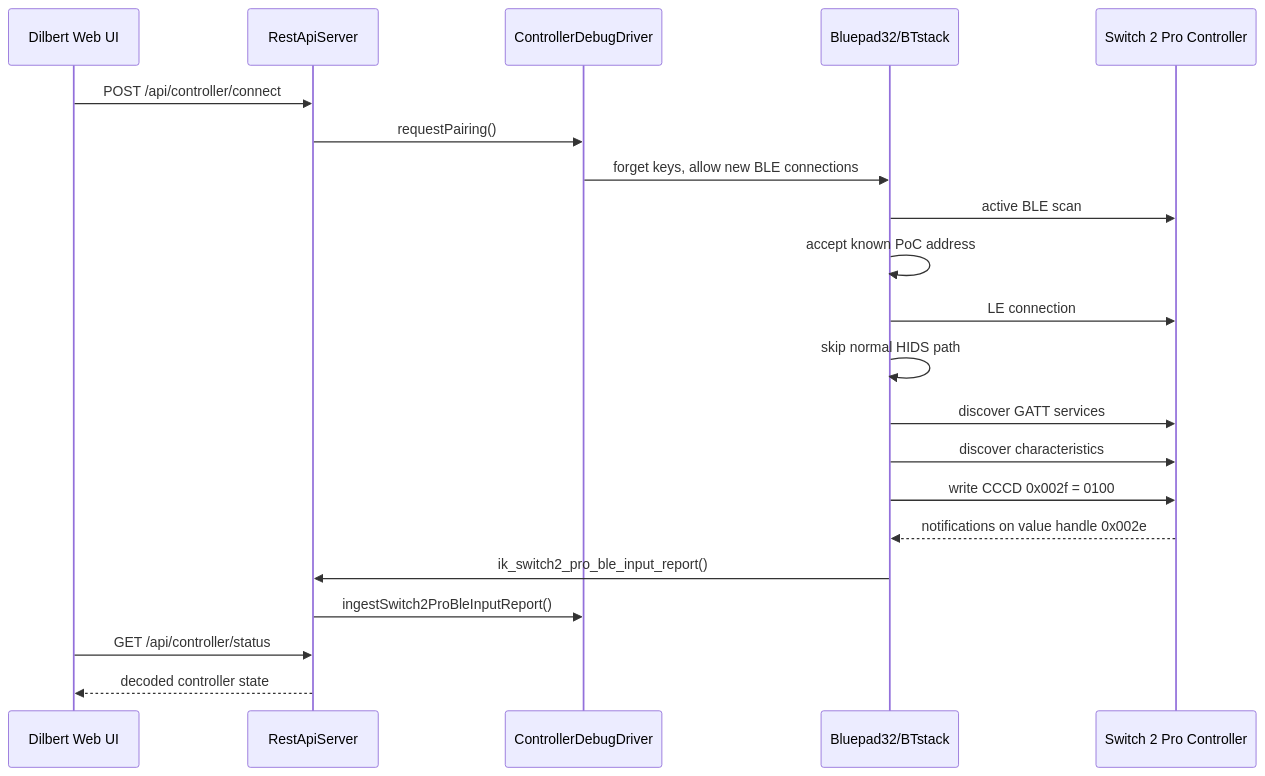
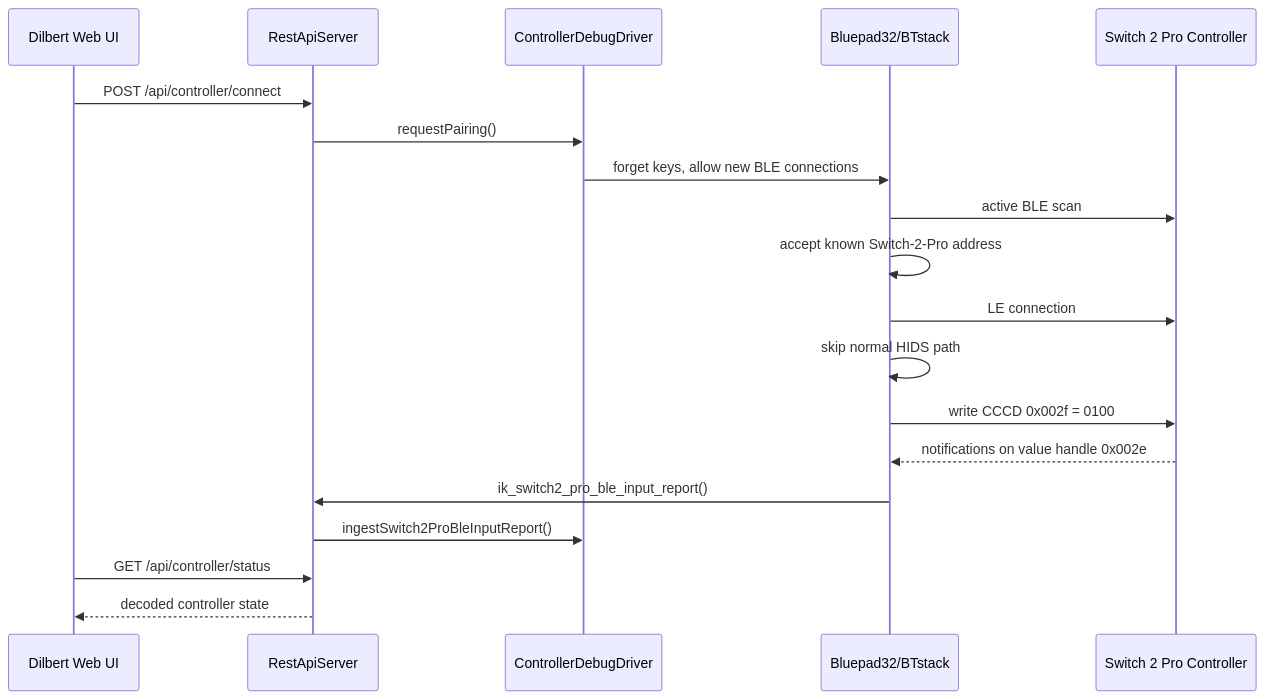
One commit to butz1999/inverse_kinematik changed the diagram in doc/sw/ble-design.md. Above: the diagram before and after it, drawn with Mermaid. The commit also changed other lines of this file and 152 other files, not shown here.

````diff
--- a/doc/sw/ble-design.md
+++ b/doc/sw/ble-design.md
@@ -156,24 +157,22 @@
 ```mermaid
 sequenceDiagram
   participant UI as Dilbert Web UI
   participant REST as RestApiServer
   participant Driver as ControllerDebugDriver
   participant BP as Bluepad32/BTstack
   participant Pad as Switch 2 Pro Controller
 
   UI->>REST: POST /api/controller/connect
   REST->>Driver: requestPairing()
   Driver->>BP: forget keys, allow new BLE connections
   BP->>Pad: active BLE scan
-  BP->>BP: accept known PoC address
+  BP->>BP: accept known Switch-2-Pro address
   BP->>Pad: LE connection
   BP->>BP: skip normal HIDS path
-  BP->>Pad: discover GATT services
-  BP->>Pad: discover characteristics
   BP->>Pad: write CCCD 0x002f = 0100
   Pad-->>BP: notifications on value handle 0x002e
   BP->>REST: ik_switch2_pro_ble_input_report()
   REST->>Driver: ingestSwitch2ProBleInputReport()
   UI->>REST: GET /api/controller/status
   REST-->>UI: decoded controller state
 ```
````
